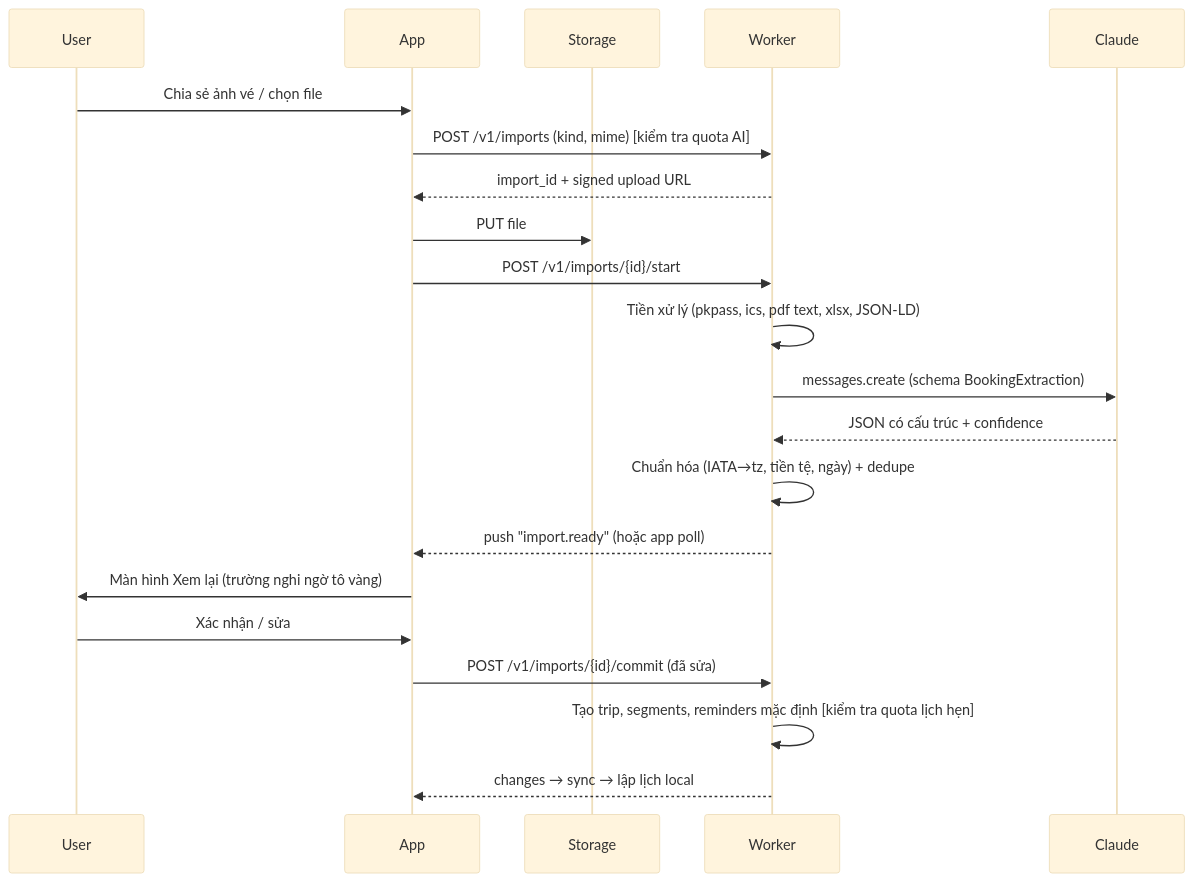
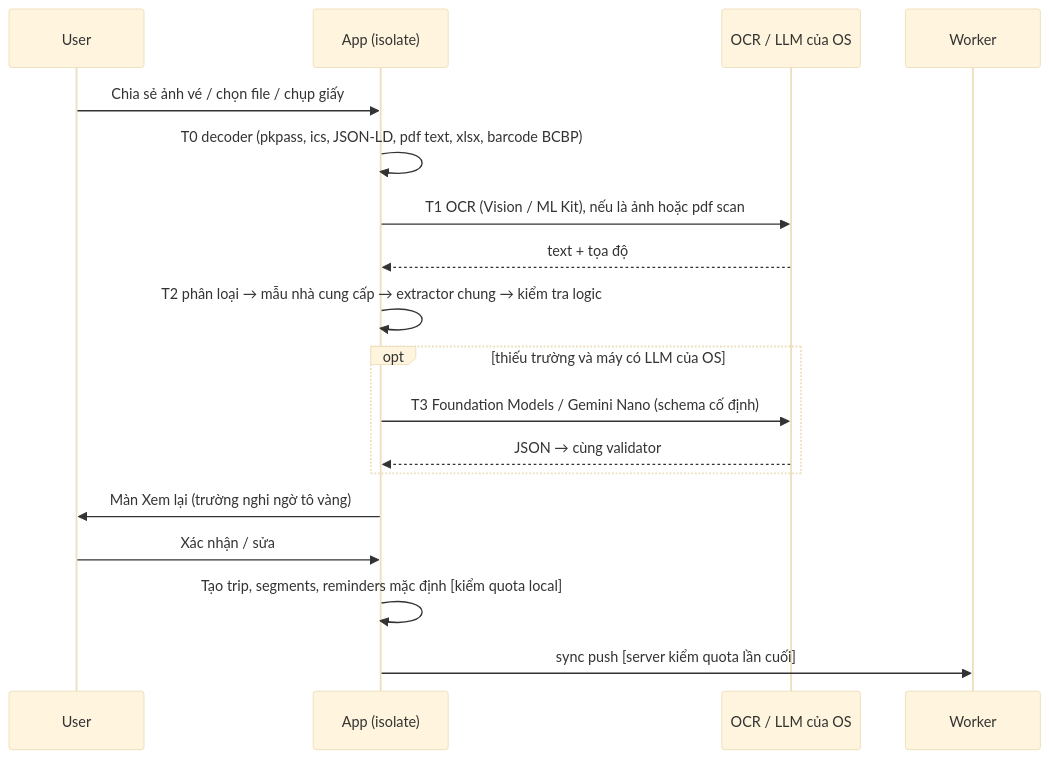
Before and after one commit to ducpham2806/RemindMe: the second of 2 diagrams in docs/architecture/system-architecture.md, drawn with Mermaid (base theme). The commit also changed other lines of this file and 20 other files, not shown here.

First line of the commit message:
docs(extraction): chuyển trích xuất ảnh/file sang chạy trên máy, bỏ AI API trả phí

````diff
--- a/docs/architecture/system-architecture.md
+++ b/docs/architecture/system-architecture.md
@@ -73,23 +74,20 @@
 ```mermaid
 sequenceDiagram
   participant U as User
-  participant A as App
-  participant S as Storage
+  participant A as App (isolate)
+  participant OS as OCR / LLM của OS
   participant W as Worker
-  participant C as Claude
-  U->>A: Chia sẻ ảnh vé / chọn file
-  A->>W: POST /v1/imports (kind, mime) [kiểm tra quota AI]
-  W-->>A: import_id + signed upload URL
-  A->>S: PUT file
-  A->>W: POST /v1/imports/{id}/start
-  W->>W: Tiền xử lý (pkpass, ics, pdf text, xlsx, JSON-LD)
-  W->>C: messages.create (schema BookingExtraction)
-  C-->>W: JSON có cấu trúc + confidence
-  W->>W: Chuẩn hóa (IATA→tz, tiền tệ, ngày) + dedupe
-  W-->>A: push "import.ready" (hoặc app poll)
-  A->>U: Màn hình Xem lại (trường nghi ngờ tô vàng)
+  U->>A: Chia sẻ ảnh vé / chọn file / chụp giấy
+  A->>A: T0 decoder (pkpass, ics, JSON-LD, pdf text, xlsx, barcode BCBP)
+  A->>OS: T1 OCR (Vision / ML Kit), nếu là ảnh hoặc pdf scan
+  OS-->>A: text + tọa độ
+  A->>A: T2 phân loại → mẫu nhà cung cấp → extractor chung → kiểm tra logic
+  opt thiếu trường và máy có LLM của OS
+    A->>OS: T3 Foundation Models / Gemini Nano (schema cố định)
+    OS-->>A: JSON → cùng validator
+  end
+  A->>U: Màn Xem lại (trường nghi ngờ tô vàng)
   U->>A: Xác nhận / sửa
-  A->>W: POST /v1/imports/{id}/commit (đã sửa)
-  W->>W: Tạo trip, segments, reminders mặc định [kiểm tra quota lịch hẹn]
-  W-->>A: changes → sync → lập lịch local
+  A->>A: Tạo trip, segments, reminders mặc định [kiểm quota local]
+  A->>W: sync push [server kiểm quota lần cuối]
 ```
````
